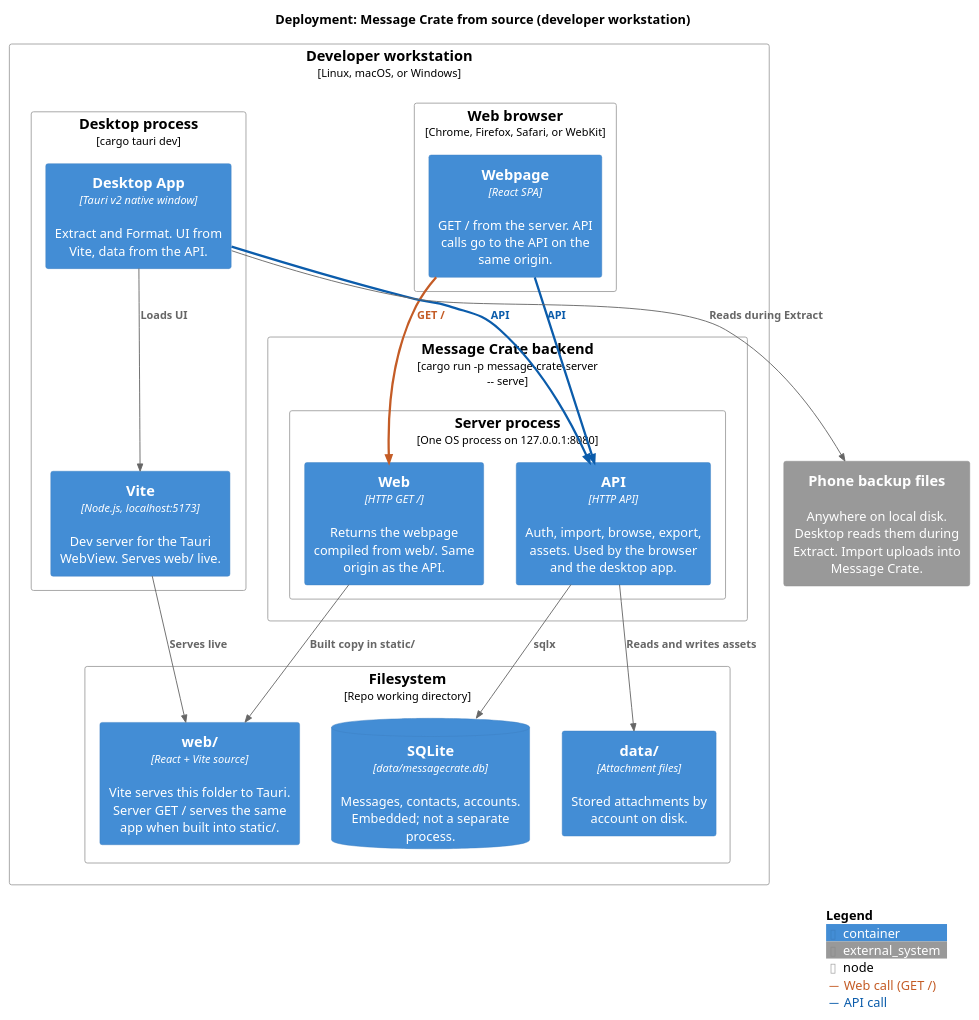
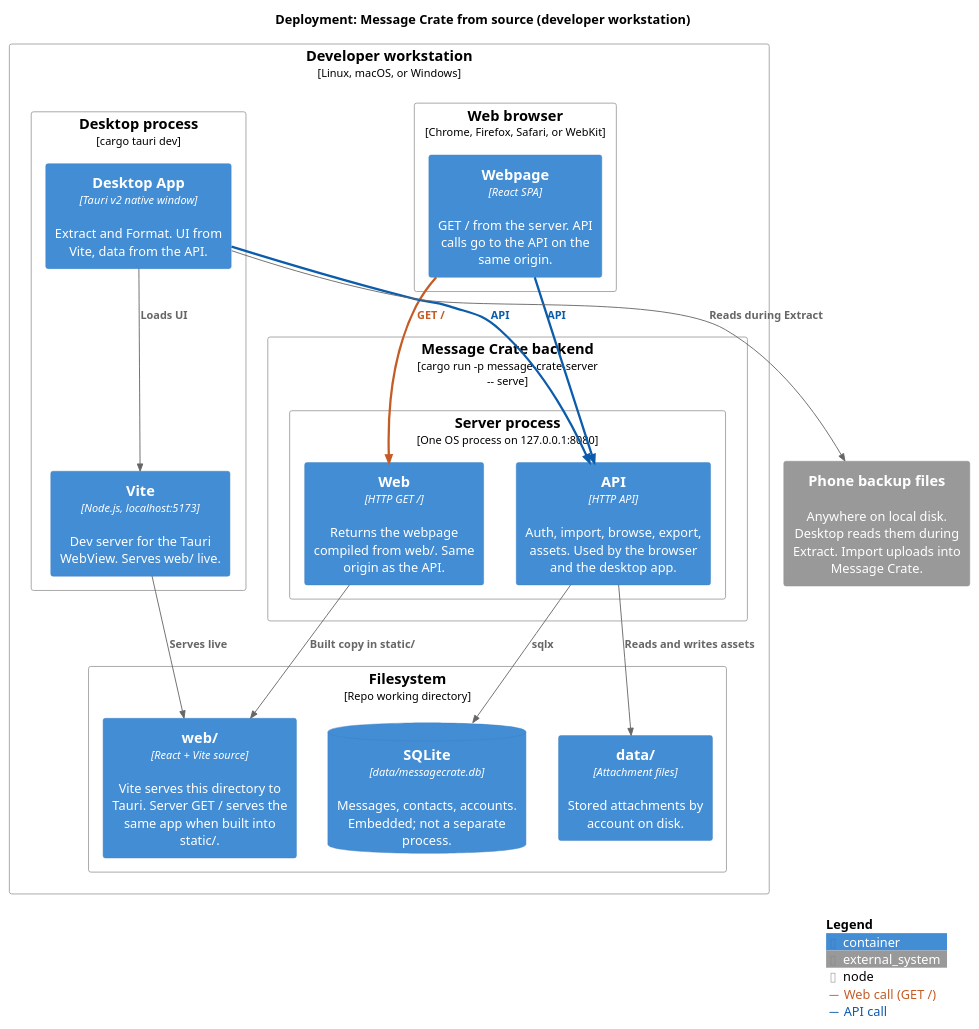
One commit to messagecrate/message-crate changed the diagram in docs/src/assets/architecture/deployment_diagram.puml. Above: the diagram before and after it, drawn with PlantUML. The commit also changed 279 other files, not shown here.

First line of the commit message:
Say "directory", never "folder", everywhere (#1764)

```diff
--- a/docs/src/assets/architecture/deployment_diagram.puml
+++ b/docs/src/assets/architecture/deployment_diagram.puml
@@ -1,48 +1,48 @@
 @startuml
 !include https://raw.githubusercontent.com/plantuml-stdlib/C4-PlantUML/master/C4_Deployment.puml
 
 LAYOUT_TOP_DOWN()
 
 AddRelTag("web", $textColor="#C45C26", $lineColor="#C45C26", $lineThickness="2.5", $legendText="Web call (GET /)")
 AddRelTag("api", $textColor="#0B5CAB", $lineColor="#0B5CAB", $lineThickness="2.5", $legendText="API call")
 
 title Deployment: Message Crate from source (developer workstation)
 
 Deployment_Node(workstation, "Developer workstation", "Linux, macOS, or Windows") {
     Deployment_Node(browser, "Web browser", "Chrome, Firefox, Safari, or WebKit") {
         Container(spa, "Webpage", "React SPA", "GET / from the server. API calls go to the API on the same origin.")
     }
 
     Deployment_Node(tauri, "Desktop process", "cargo tauri dev") {
         Container(desktop, "Desktop App", "Tauri v2 native window", "Extract and Format. UI from Vite, data from the API.")
         Container(vite, "Vite", "Node.js, localhost:5173", "Dev server for the Tauri WebView. Serves web/ live.")
     }
 
     Deployment_Node(backend, "Message Crate backend", "cargo run -p message-crate-server -- serve") {
         Deployment_Node(proc, "Server process", "One OS process on 127.0.0.1:8080") {
             Container(web, "Web", "HTTP GET /", "Returns the webpage compiled from web/. Same origin as the API.")
             Container(api, "API", "HTTP API", "Auth, import, browse, export, assets. Used by the browser and the desktop app.")
         }
     }
 
     Deployment_Node(fs, "Filesystem", "Repo working directory") {
-        Container(web_src, "web/", "React + Vite source", "Vite serves this folder to Tauri. Server GET / serves the same app when built into static/.")
+        Container(web_src, "web/", "React + Vite source", "Vite serves this directory to Tauri. Server GET / serves the same app when built into static/.")
         ContainerDb(db, "SQLite", "data/messagecrate.db", "Messages, contacts, accounts. Embedded; not a separate process.")
         Container(data, "data/", "Attachment files", "Stored attachments by account on disk.")
     }
 }
 
 System_Ext(backups, "Phone backup files", "Anywhere on local disk. Desktop reads them during Extract. Import uploads into Message Crate.")
 
 Rel(spa, web, "GET /", $tags="web")
 Rel(spa, api, "API", $tags="api")
 Rel(desktop, vite, "Loads UI")
 Rel(desktop, api, "API", $tags="api")
 Rel(vite, web_src, "Serves live")
 Rel(web, web_src, "Built copy in static/")
 Rel(api, db, "sqlx")
 Rel(api, data, "Reads and writes assets")
 Rel(desktop, backups, "Reads during Extract")
 
 SHOW_LEGEND()
 @enduml
```
